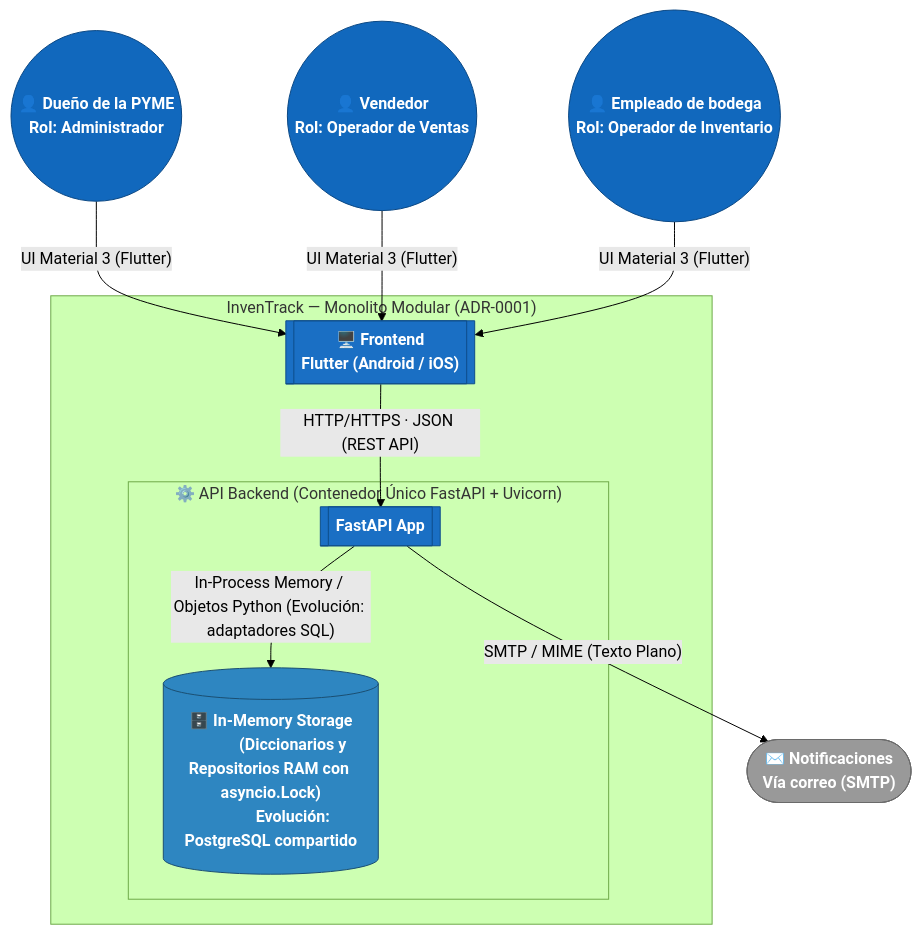
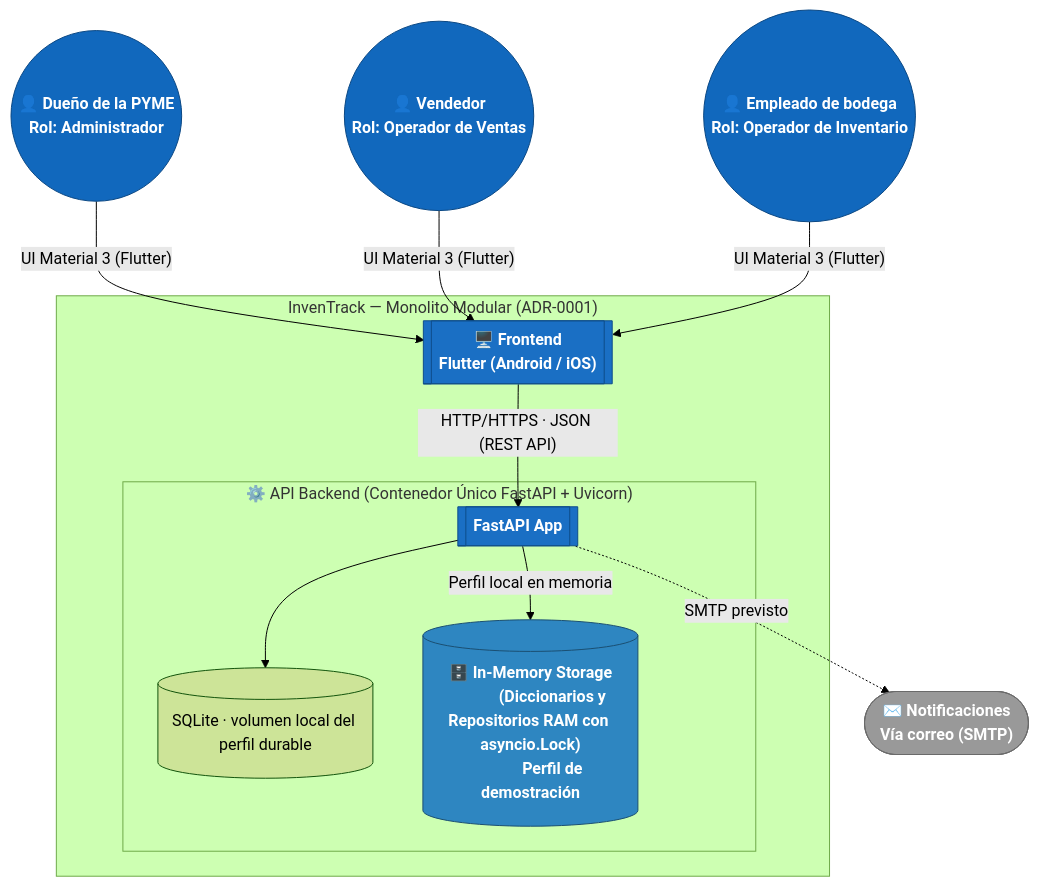
The first of 2 diagrams in docs/c4/containers.md (ISCOUTB/AS_202620_InvenTrack), drawn with Mermaid (forest theme) before and after one commit. The commit also changed other lines of this file and 41 other files, not shown here.

````diff
--- a/docs/c4/containers.md
+++ b/docs/c4/containers.md
@@ -9,41 +9,43 @@
 ```mermaid
 flowchart TB
     Dueno(("👤 Dueño de la PYME
     Rol: Administrador"))
     Vendedor(("👤 Vendedor
     Rol: Operador de Ventas"))
     Empleado(("👤 Empleado de bodega
     Rol: Operador de Inventario"))
 
     subgraph InvenTrack["InvenTrack — Monolito Modular (ADR-0001)"]
         Web[["🖥️ Frontend
         Flutter (Android / iOS)"]]
         
         subgraph ApiContainer ["⚙️ API Backend (Contenedor Único FastAPI + Uvicorn)"]
             Api[["FastAPI App"]]
+            Volumen[("SQLite · volumen local del perfil durable")]
+            Api --> Volumen
             Db[("🗄️ In-Memory Storage
             (Diccionarios y Repositorios RAM con asyncio.Lock)
-            Evolución: PostgreSQL compartido")]
+            Perfil de demostración")]
         end
     end
 
     Notif(["✉️ Notificaciones
     Vía correo (SMTP)"])
 
     Dueno -- "UI Material 3 (Flutter)" --> Web
     Vendedor -- "UI Material 3 (Flutter)" --> Web
     Empleado -- "UI Material 3 (Flutter)" --> Web
     Web -- "HTTP/HTTPS · JSON (REST API)" --> Api
-    Api -- "In-Process Memory / Objetos Python (Evolución: adaptadores SQL)" --> Db
-    Api -- "SMTP / MIME (Texto Plano)" --> Notif
+    Api -- "Perfil local en memoria" --> Db
+    Api -. SMTP previsto .-> Notif
 
     classDef person fill:#1168bd,stroke:#0b4884,color:#ffffff,font-weight:bold
     classDef container fill:#1a6fc4,stroke:#0e4d8a,color:#ffffff,font-weight:bold
     classDef db fill:#2e86c1,stroke:#1b4f72,color:#ffffff,font-weight:bold
     classDef external fill:#999999,stroke:#6b6b6b,color:#ffffff,font-weight:bold
 
     class Dueno,Vendedor,Empleado person
     class Web,Api container
     class Db db
     class Notif external
 ```
````
